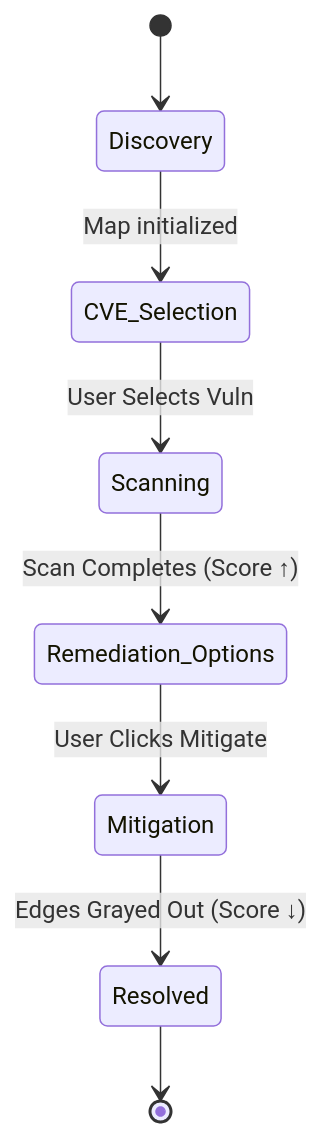
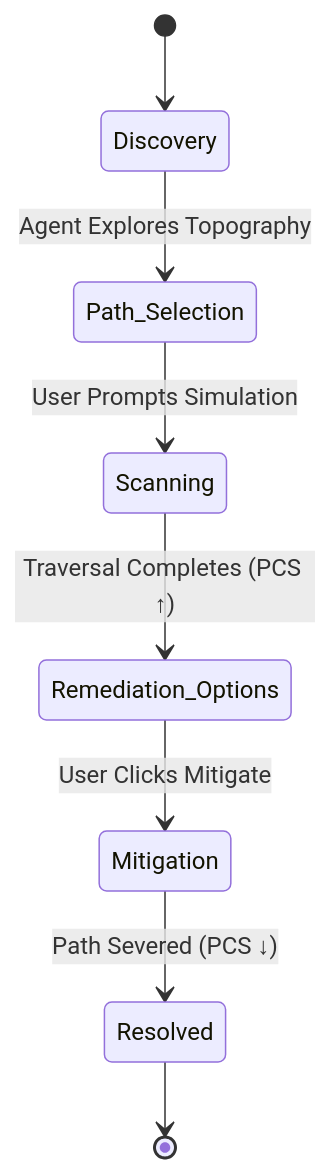
The second of 2 diagrams in architecture.md (mayukhg/dae-attack-path-demo), drawn with Mermaid before and after one commit. The commit also changed other lines of this file and 4 other files, not shown here.

````diff
--- a/architecture.md
+++ b/architecture.md
@@ -44,10 +48,10 @@
 ```mermaid
 stateDiagram-v2
     [*] --> Discovery
-    Discovery --> CVE_Selection: Map initialized
-    CVE_Selection --> Scanning: User Selects Vuln
-    Scanning --> Remediation_Options: Scan Completes (Score ↑)
+    Discovery --> Path_Selection: Agent Explores Topography
+    Path_Selection --> Scanning: User Prompts Simulation
+    Scanning --> Remediation_Options: Traversal Completes (PCS ↑)
     Remediation_Options --> Mitigation: User Clicks Mitigate
-    Mitigation --> Resolved: Edges Grayed Out (Score ↓)
+    Mitigation --> Resolved: Path Severed (PCS ↓)
     Resolved --> [*]
 ```
````
